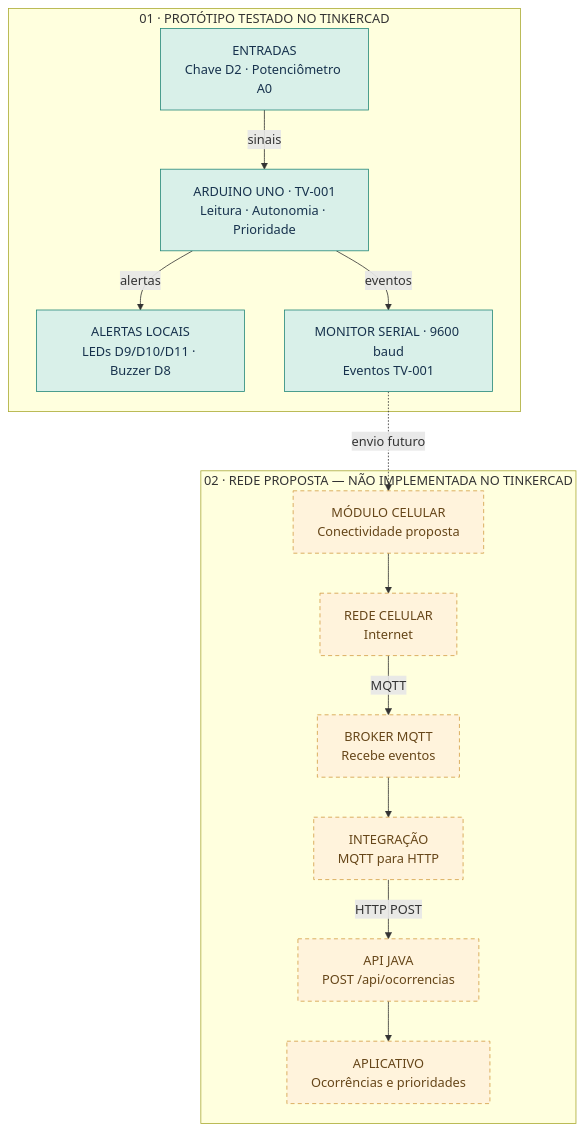
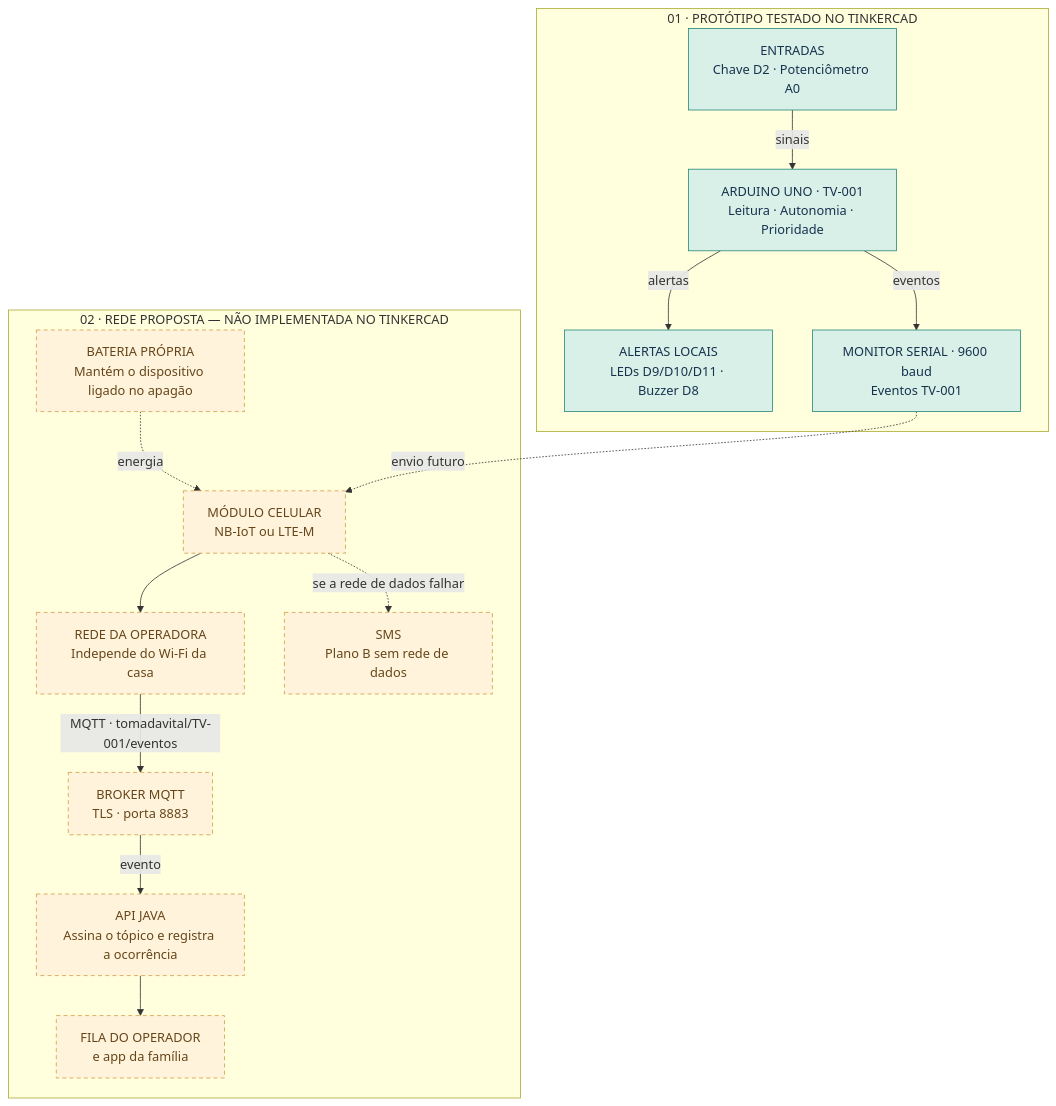
The diagram in docs/arquitetura.md (DiegoCPaulino/tomada-vital-iot), drawn with Mermaid before and after one commit. The commit also changed other lines of this file and 1 other file, not shown here.

Commit message:
Detalha a rede proposta e alinha o diagrama com a arquitetura do grupo

````diff
--- a/docs/arquitetura.md
+++ b/docs/arquitetura.md
@@ -5,30 +5,32 @@
 ```mermaid
 flowchart TB
     subgraph P["01 · PROTÓTIPO TESTADO NO TINKERCAD"]
       IN["ENTRADAS<br/>Chave D2 · Potenciômetro A0"]
       UNO["ARDUINO UNO · TV-001<br/>Leitura · Autonomia · Prioridade"]
       LED["ALERTAS LOCAIS<br/>LEDs D9/D10/D11 · Buzzer D8"]
       SERIAL["MONITOR SERIAL · 9600 baud<br/>Eventos TV-001"]
       IN -->|sinais| UNO
       UNO -->|alertas| LED
       UNO -->|eventos| SERIAL
     end
     subgraph N["02 · REDE PROPOSTA — NÃO IMPLEMENTADA NO TINKERCAD"]
-      CELL["MÓDULO CELULAR<br/>Conectividade proposta"]
-      NET["REDE CELULAR<br/>Internet"]
-      MQTT["BROKER MQTT<br/>Recebe eventos"]
-      BRIDGE["INTEGRAÇÃO<br/>MQTT para HTTP"]
-      API["API JAVA<br/>POST /api/ocorrencias"]
-      APP["APLICATIVO<br/>Ocorrências e prioridades"]
+      BAT["BATERIA PRÓPRIA<br/>Mantém o dispositivo ligado no apagão"]
+      CELL["MÓDULO CELULAR<br/>NB-IoT ou LTE-M"]
+      NET["REDE DA OPERADORA<br/>Independe do Wi-Fi da casa"]
+      MQTT["BROKER MQTT<br/>TLS · porta 8883"]
+      API["API JAVA<br/>Assina o tópico e registra a ocorrência"]
+      APP["FILA DO OPERADOR<br/>e app da família"]
+      SMS["SMS<br/>Plano B sem rede de dados"]
+      BAT -.->|energia| CELL
       CELL --> NET
-      NET -->|MQTT| MQTT
-      MQTT --> BRIDGE
-      BRIDGE -->|HTTP POST| API
+      NET -->|"MQTT · tomadavital/TV-001/eventos"| MQTT
+      MQTT -->|evento| API
       API --> APP
+      CELL -.->|"se a rede de dados falhar"| SMS
     end
     SERIAL -.->|envio futuro| CELL
     classDef atual fill:#d9f0e9,stroke:#238879,color:#17324d;
     classDef planejado fill:#fff3dc,stroke:#d29c43,color:#664619,stroke-dasharray:5 4;
     class IN,UNO,LED,SERIAL atual;
-    class CELL,NET,MQTT,BRIDGE,API,APP planejado;
+    class BAT,CELL,NET,MQTT,API,APP,SMS planejado;
 ```
````
